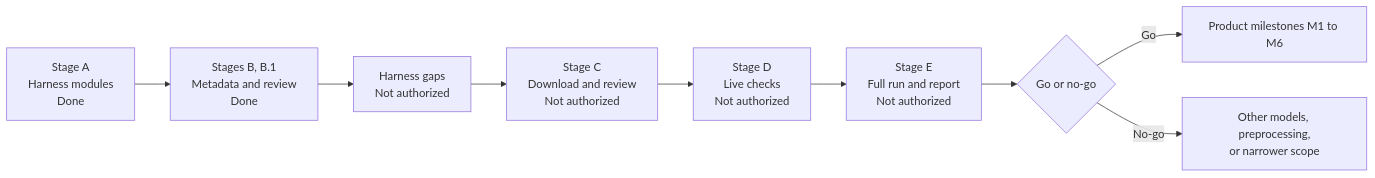
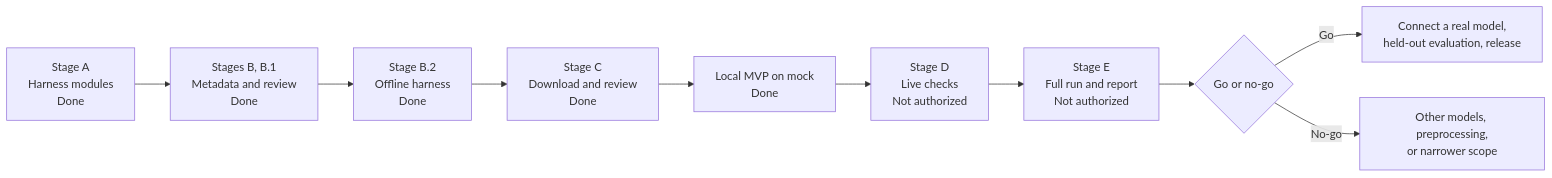
One commit to susmitaPersonal/PALEON changed the diagram in docs/IMPLEMENTATION_ROADMAP.md. Above: the diagram before and after it, drawn with Mermaid. The commit also changed other lines of this file and 173 other files, not shown here.

First line of the commit message:
chore: freeze M0 inputs and local MVP

````diff
--- a/docs/IMPLEMENTATION_ROADMAP.md
+++ b/docs/IMPLEMENTATION_ROADMAP.md
@@ -7,11 +9,12 @@
 ```mermaid
 flowchart LR
     A["Stage A<br/>Harness modules<br/>Done"] --> B["Stages B, B.1<br/>Metadata and review<br/>Done"]
-    B --> AB["Harness gaps<br/>Not authorized"]
-    AB --> C["Stage C<br/>Download and review<br/>Not authorized"]
-    C --> D["Stage D<br/>Live checks<br/>Not authorized"]
+    B --> AB["Stage B.2<br/>Offline harness<br/>Done"]
+    AB --> C["Stage C<br/>Download and review<br/>Done"]
+    C --> MVP["Local MVP on mock<br/>Done"]
+    MVP --> D["Stage D<br/>Live checks<br/>Not authorized"]
     D --> E["Stage E<br/>Full run and report<br/>Not authorized"]
     E --> G{"Go or no-go"}
-    G -->|Go| P["Product milestones M1 to M6"]
+    G -->|Go| P["Connect a real model,<br/>held-out evaluation, release"]
     G -->|No-go| X["Other models, preprocessing,<br/>or narrower scope"]
 ```
````
